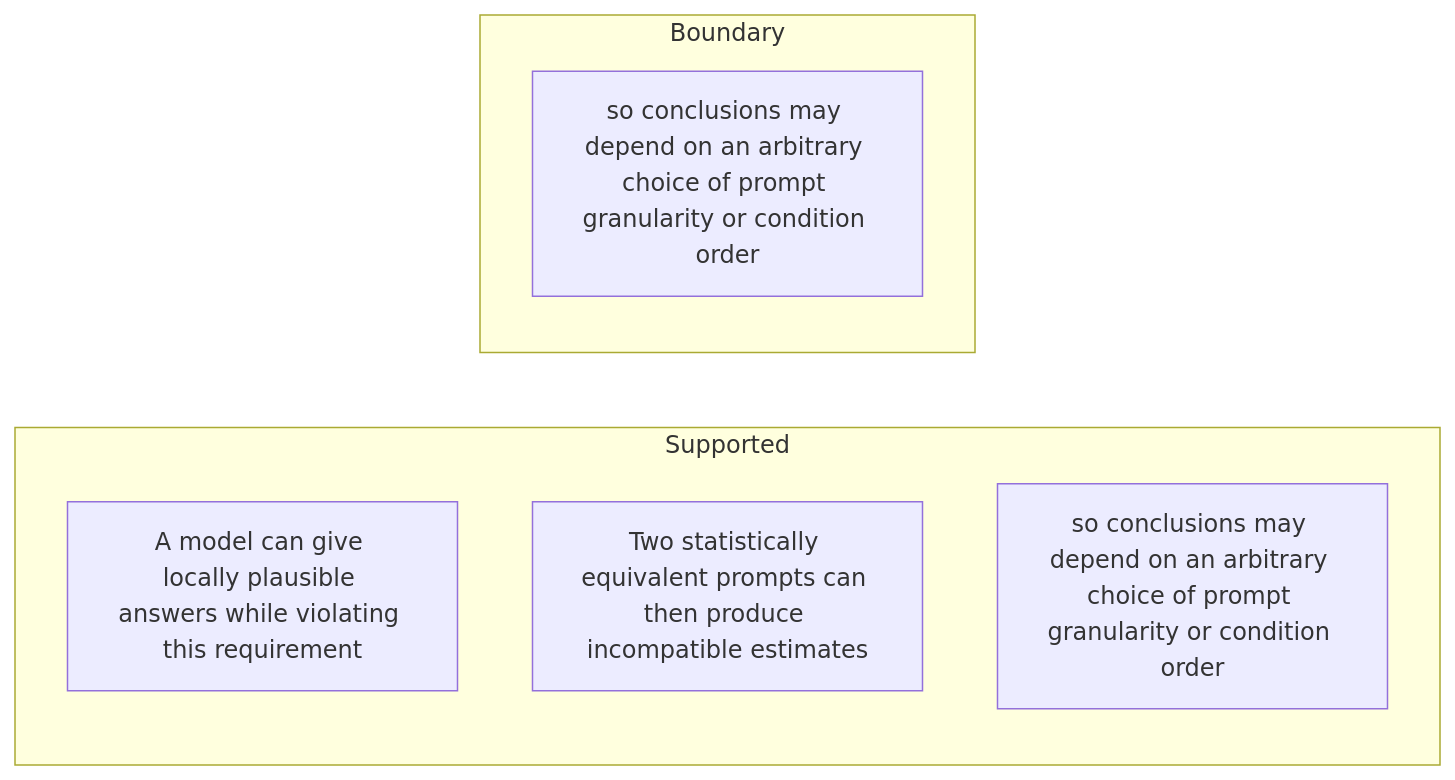
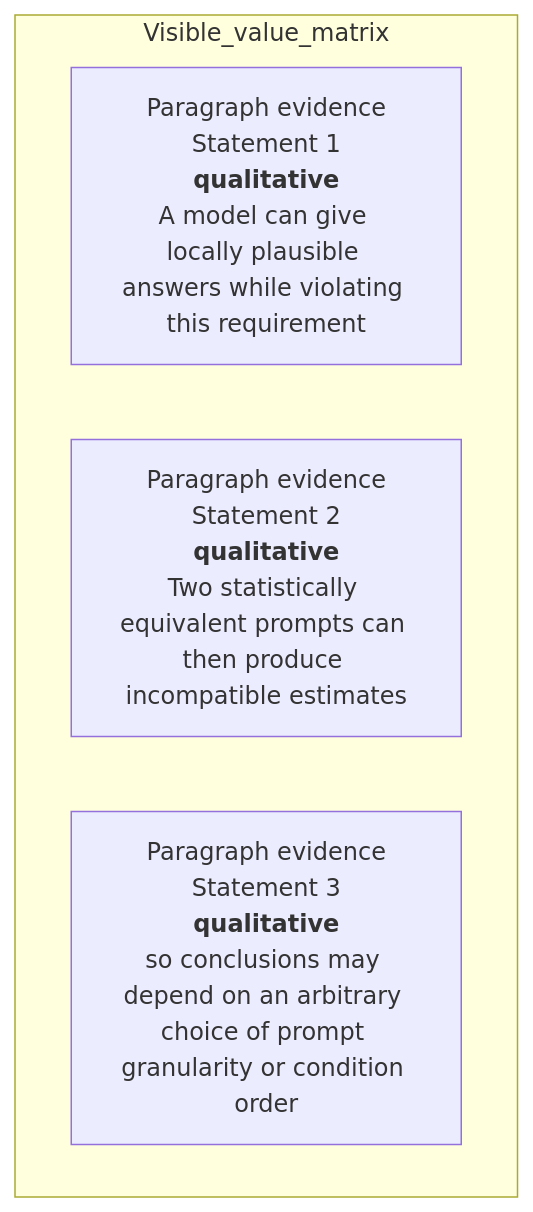
One commit to Betancourt1/paper_atlas changed the fifth of 48 diagrams in docs/visual-manifests/VISUAL_MANIFEST_PARTITION_PROMPT_AGGREGATE.md. Above: the diagram before and after it, drawn with Mermaid. The commit also changed other lines of this file and 7 other files, not shown here.

````diff
--- a/docs/visual-manifests/VISUAL_MANIFEST_PARTITION_PROMPT_AGGREGATE.md
+++ b/docs/visual-manifests/VISUAL_MANIFEST_PARTITION_PROMPT_AGGREGATE.md
@@ -438,11 +393,8 @@
 ```mermaid
-flowchart LR
-  subgraph Supported
-    a1["A model can give locally plausible answers while violating this requirement"]
-    a2["Two statistically equivalent prompts can then produce incompatible estimates"]
-    a3["so conclusions may depend on an arbitrary choice of prompt granularity or condition order"]
-  end
-  subgraph Boundary
-    b1["so conclusions may depend on an arbitrary choice of prompt granularity or condition order"]
+flowchart TB
+  subgraph Visible_value_matrix
+    r1["Paragraph evidence<br/>Statement 1<br/><b>qualitative</b><br/>A model can give locally plausible answers while violating this requirement"]
+    r2["Paragraph evidence<br/>Statement 2<br/><b>qualitative</b><br/>Two statistically equivalent prompts can then produce incompatible estimates"]
+    r3["Paragraph evidence<br/>Statement 3<br/><b>qualitative</b><br/>so conclusions may depend on an arbitrary choice of prompt granularity or condition order"]
   end
 ```
````
